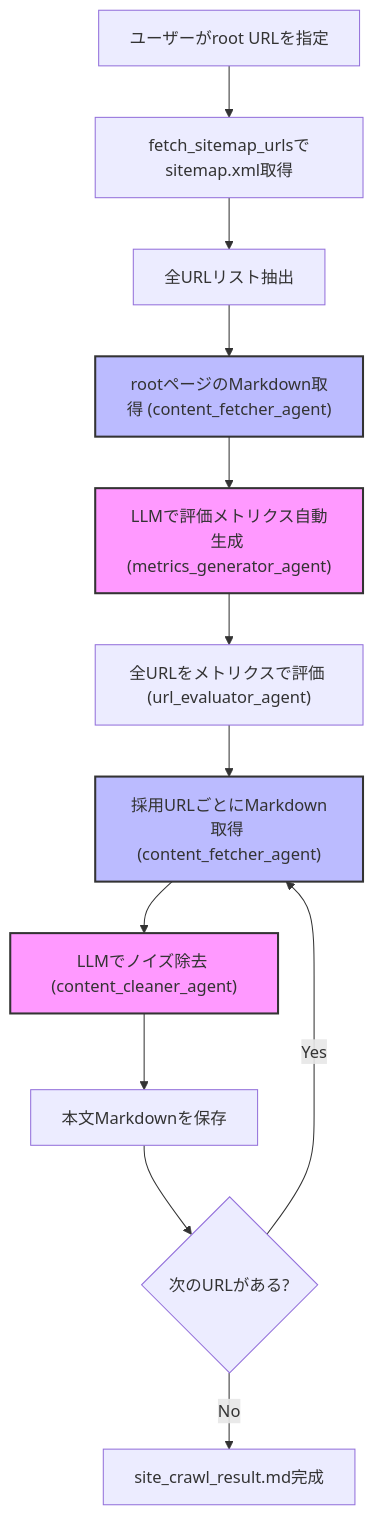
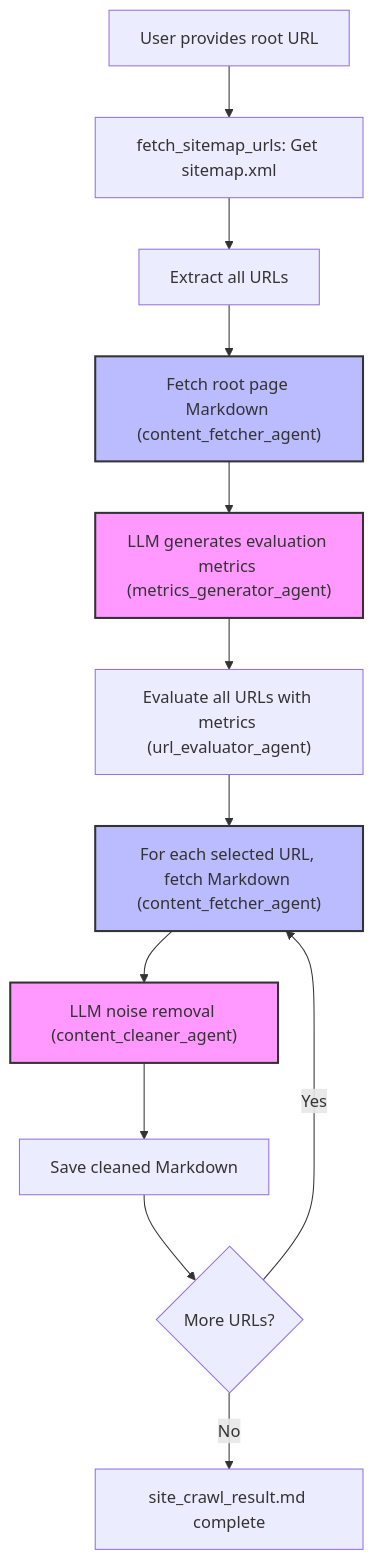
One commit to thukabjj/Agentic-web-scraper changed the diagram in README.md. Above: the diagram before and after it, drawn with Mermaid. The commit also changed other lines of this file and 1 other file, not shown here.

````diff
--- a/README.md
+++ b/README.md
@@ -31,18 +37,18 @@
 ```mermaid
 flowchart TD
-    A["ユーザーがroot URLを指定"] --> B["fetch_sitemap_urlsでsitemap.xml取得"]
-    B --> C["全URLリスト抽出"]
-    C --> D["rootページのMarkdown取得 (content_fetcher_agent)"]
-    D --> E["LLMで評価メトリクス自動生成 (metrics_generator_agent)"]
-    E --> F["全URLをメトリクスで評価 (url_evaluator_agent)"]
-    F --> G["採用URLごとにMarkdown取得 (content_fetcher_agent)"]
-    G --> H["LLMでノイズ除去 (content_cleaner_agent)"]
-    H --> I["本文Markdownを保存"]
-    I --> J{"次のURLがある?"}
+    A["User provides root URL"] --> B["fetch_sitemap_urls: Get sitemap.xml"]
+    B --> C["Extract all URLs"]
+    C --> D["Fetch root page Markdown (content_fetcher_agent)"]
+    D --> E["LLM generates evaluation metrics (metrics_generator_agent)"]
+    E --> F["Evaluate all URLs with metrics (url_evaluator_agent)"]
+    F --> G["For each selected URL, fetch Markdown (content_fetcher_agent)"]
+    G --> H["LLM noise removal (content_cleaner_agent)"]
+    H --> I["Save cleaned Markdown"]
+    I --> J{"More URLs?"}
     J -- "Yes" --> G
-    J -- "No" --> K["site_crawl_result.md完成"]
+    J -- "No" --> K["site_crawl_result.md complete"]
     style E fill:#f9f,stroke:#333,stroke-width:2px
     style H fill:#f9f,stroke:#333,stroke-width:2px
     style G fill:#bbf,stroke:#333,stroke-width:2px
     style D fill:#bbf,stroke:#333,stroke-width:2px
 ```
````
